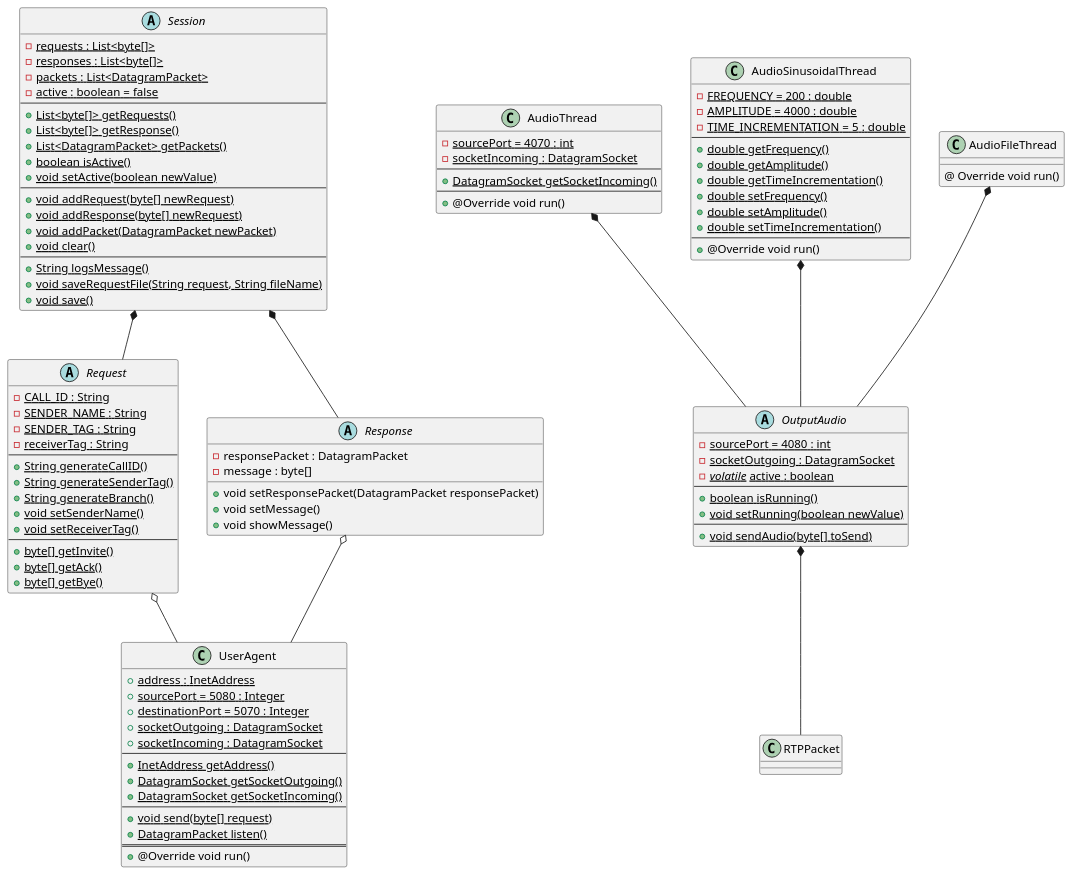
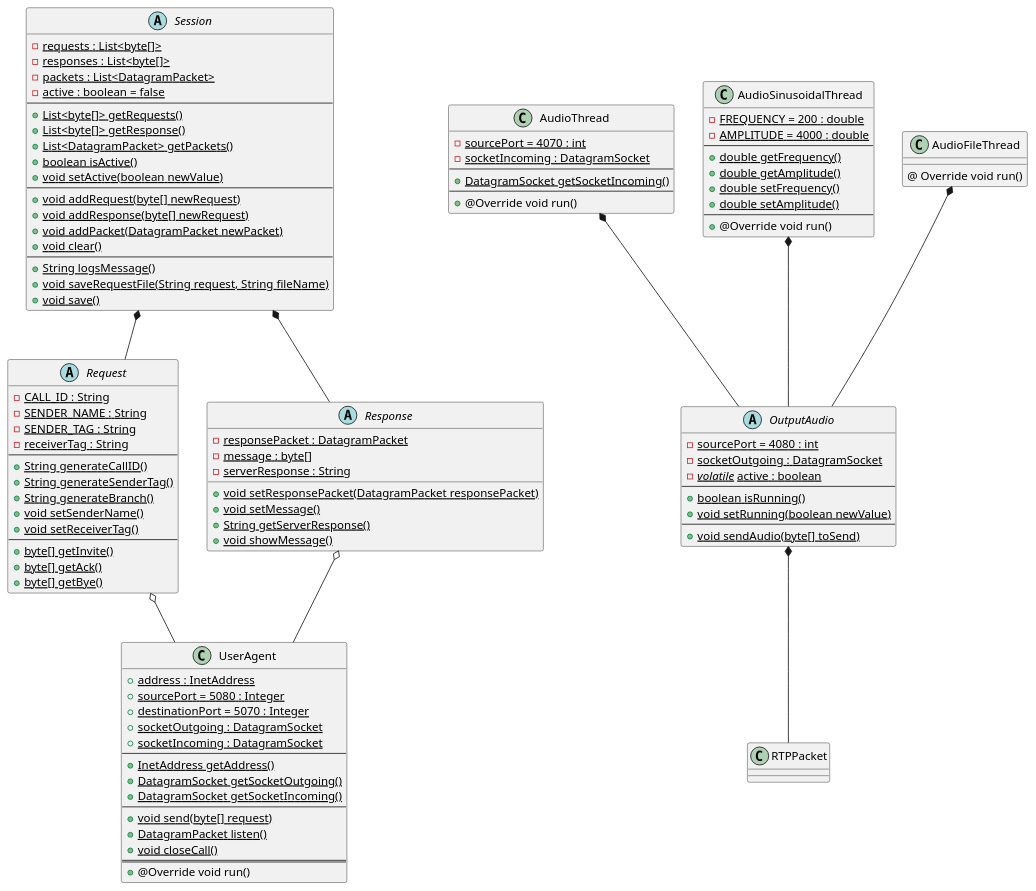
Before and after one commit to danielepelleg/VoIP: the diagram in Documentation/UML Diagrams/Class Diagram/Class Diagram.puml, drawn with PlantUML. The commit also changed 5 other files, not shown here.

Commit message:
Update Class Diagrams :100:

```diff
--- a/Documentation/UML Diagrams/Class Diagram/Class Diagram.puml
+++ b/Documentation/UML Diagrams/Class Diagram/Class Diagram.puml
@@ -1,119 +1,119 @@
 @startuml
 
 abstract class Request {
     - {static} CALL_ID : String
     - {static} SENDER_NAME : String
     - {static} SENDER_TAG : String
     - {static} receiverTag : String
     --
     + {static} String generateCallID()
     + {static} String generateSenderTag()
     + {static} String generateBranch()
     + {static} void setSenderName()
     + {static} void setReceiverTag()
     --
     + {static} byte[] getInvite()
     + {static} byte[] getAck()
     + {static} byte[] getBye()
 }
 
 abstract class Response {
-    - responsePacket : DatagramPacket
-    - message : byte[]
-    + void setResponsePacket(DatagramPacket responsePacket)
-    + void setMessage()
-    + void showMessage()
+    - {static} responsePacket : DatagramPacket
+    - {static} message : byte[]
+    - {static} serverResponse : String
+    + {static} void setResponsePacket(DatagramPacket responsePacket)
+    + {static} void setMessage()
+    + {static} String getServerResponse()
+    + {static} void showMessage()
 }
 
 class UserAgent{
     + {static} address : InetAddress
     + {static} sourcePort = 5080 : Integer
     + {static} destinationPort = 5070 : Integer
     + {static} socketOutgoing : DatagramSocket
     + {static} socketIncoming : DatagramSocket
     --
     + {static} InetAddress getAddress()
     + {static} DatagramSocket getSocketOutgoing()
     + {static} DatagramSocket getSocketIncoming()
     --
     + {static} void send(byte[] request)
     + {static} DatagramPacket listen()
+    + {static} void closeCall()
     ==
     + @Override void run()
 }
 
 abstract class Session{
     - {static} requests : List<byte[]>
     - {static} responses : List<byte[]>
     - {static} packets : List<DatagramPacket>
     - {static} active : boolean = false
     --
     + {static} List<byte[]> getRequests()
     + {static} List<byte[]> getResponse()
     + {static} List<DatagramPacket> getPackets()
     + {static} boolean isActive()
     + {static} void setActive(boolean newValue)
     --
     + {static} void addRequest(byte[] newRequest)
     + {static} void addResponse(byte[] newRequest)
     + {static} void addPacket(DatagramPacket newPacket)
     + {static} void clear()
     --
     + {static} String logsMessage()
     + {static} void saveRequestFile(String request, String fileName)
     + {static} void save()
 }
 
 Session *-- Request
 Session *-- Response
 Request o-- UserAgent
 Response o-- UserAgent
 
 abstract class OutputAudio{
     - {static} sourcePort = 4080 : int
     - {static} socketOutgoing : DatagramSocket
     - {static} <i>volatile</i> active : boolean
     --
     + {static} boolean isRunning()
     + {static} void setRunning(boolean newValue)
     --
     + {static} void sendAudio(byte[] toSend)
 }
 
 class AudioThread{
     - {static} sourcePort = 4070 : int
     - {static} socketIncoming : DatagramSocket
     --
     + {static} DatagramSocket getSocketIncoming()
     --
     + @Override void run()
 }
 
 class AudioSinusoidalThread{
     - {static} FREQUENCY = 200 : double
     - {static} AMPLITUDE = 4000 : double
-    - {static} TIME_INCREMENTATION = 5 : double
     --
     + {static} double getFrequency()
     + {static} double getAmplitude()
-    + {static} double getTimeIncrementation()
     + {static} double setFrequency()
     + {static} double setAmplitude()
-    + {static} double setTimeIncrementation()
     --
     + @Override void run()
 }
 
 class AudioFileThread{
     @ Override void run()
 }
 
 class RTPPacket{
 }
 
 AudioThread *-- OutputAudio
 AudioSinusoidalThread *-- OutputAudio
 AudioFileThread *-- OutputAudio
 OutputAudio *-- RTPPacket
 
 @enduml
```
